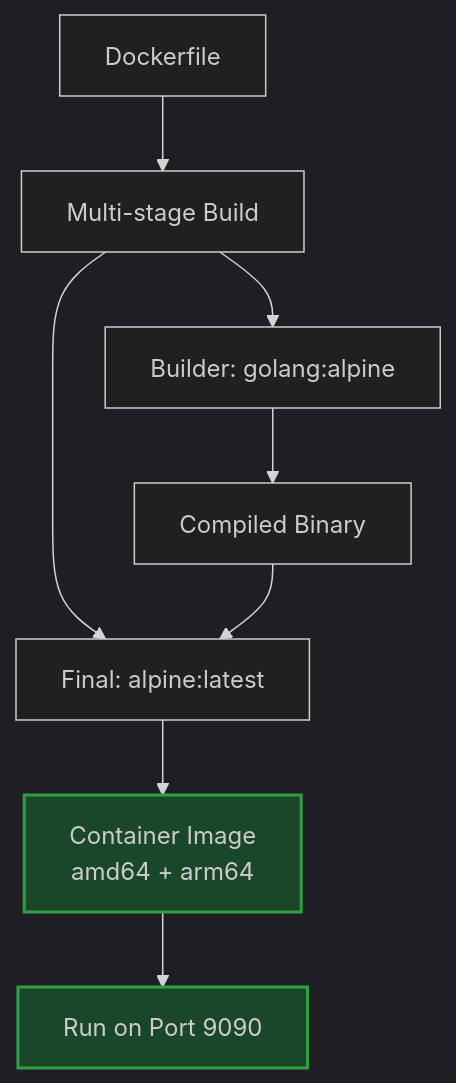
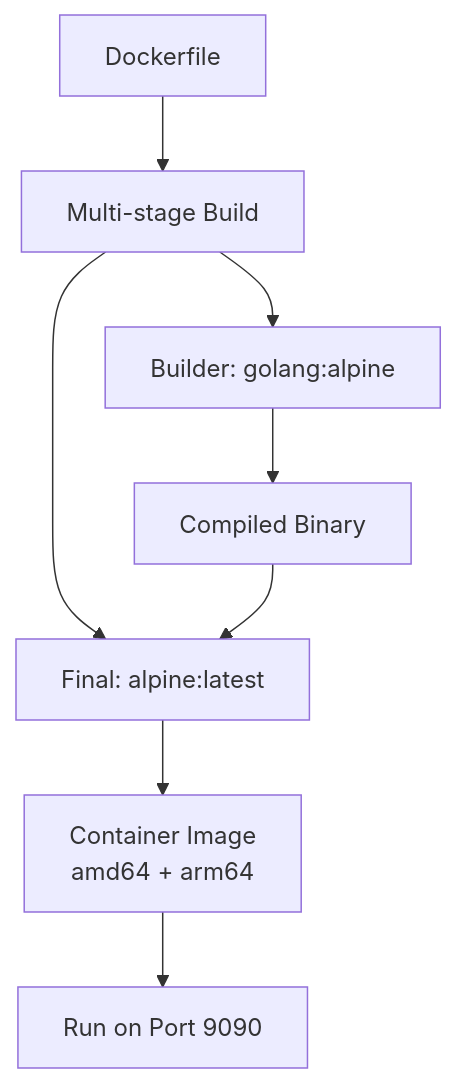
One commit to blackwell-systems/gcp-secret-manager-emulator changed the tenth of 12 diagrams in ARCHITECTURE.md. Above: the diagram before and after it, drawn with Mermaid. The commit also changed other lines of this file, not shown here.

First line of the commit message:
Fix Mermaid diagram syntax for GitHub rendering

````diff
--- a/ARCHITECTURE.md
+++ b/ARCHITECTURE.md
@@ -372,14 +365,14 @@
 ```mermaid
-%%{init: {'theme':'dark'}}%%
+
 graph TB
     A[Dockerfile] --> B[Multi-stage Build]
     B --> C[Builder: golang:alpine]
     B --> D[Final: alpine:latest]
     C --> E[Compiled Binary]
     E --> D
     D --> F[Container Image<br/>amd64 + arm64]
     F --> G[Run on Port 9090]
 
-    style F fill:#1a472a,stroke:#2ea043,stroke-width:2px
-    style G fill:#1a472a,stroke:#2ea043,stroke-width:2px
+
+
 ```
````
